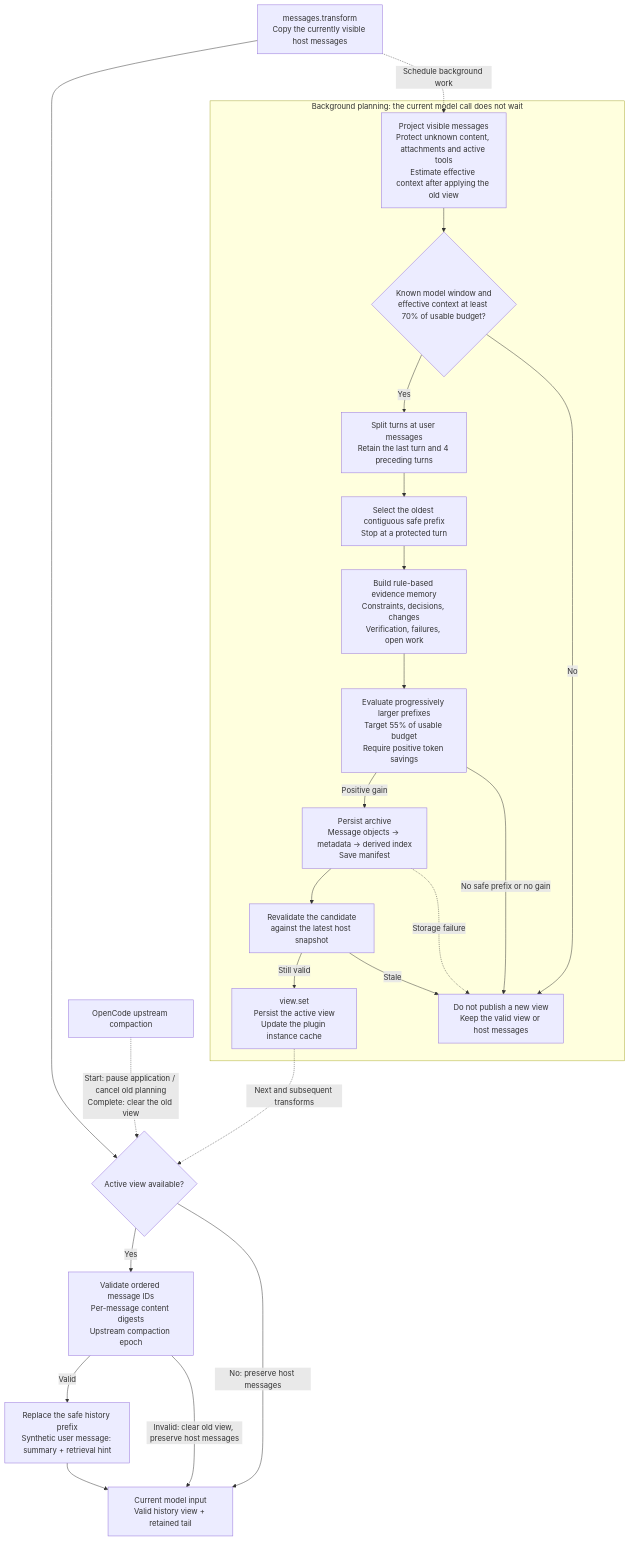
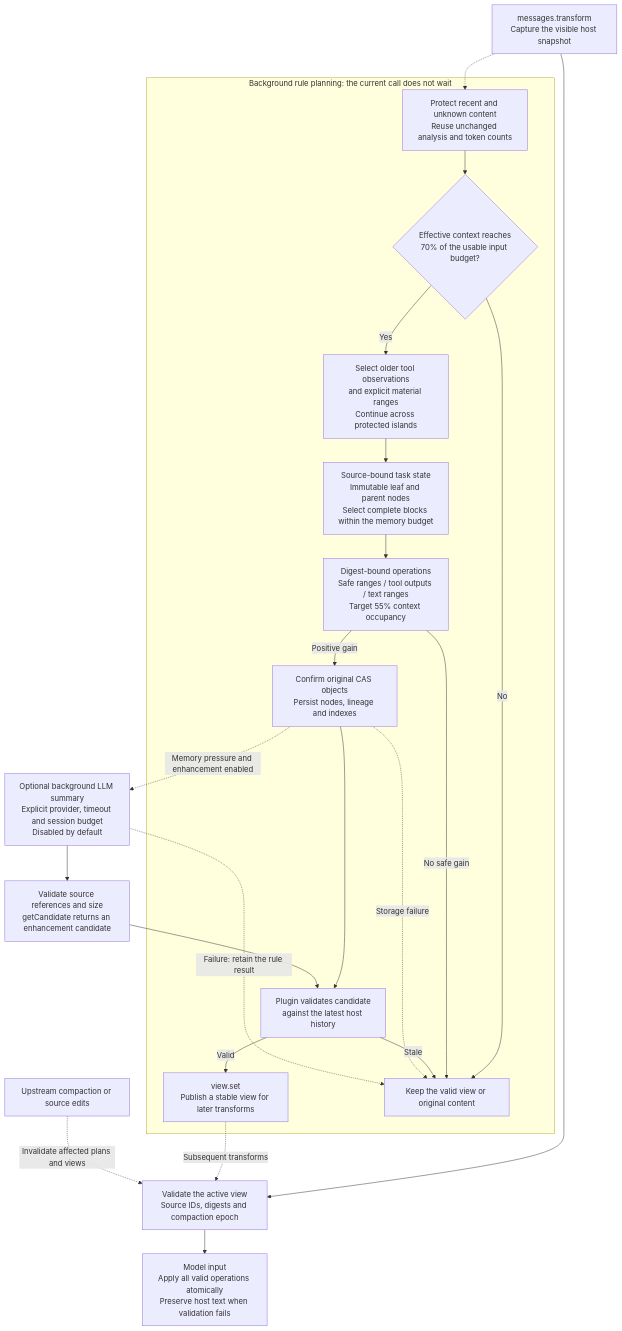
The third of 3 diagrams in README.md (EthyleneC2H4/Bluecode), drawn with Mermaid before and after one commit. The commit also changed other lines of this file and 2 other files, not shown here.

Commit message:
docs: refresh headroom architecture and evaluation results

````diff
--- a/README.md
+++ b/README.md
@@ -132,42 +134,38 @@
 ```mermaid
 flowchart TB
-    SNAP["messages.transform<br/>Copy the currently visible host messages"]
-    READY{"Active view available?"}
-    VERIFY["Validate ordered message IDs<br/>Per-message content digests<br/>Upstream compaction epoch"]
-    APPLY["Replace the safe history prefix<br/>Synthetic user message: summary + retrieval hint"]
-    MODEL["Current model input<br/>Valid history view + retained tail"]
+    SNAP["messages.transform<br/>Capture the visible host snapshot"]
+    VIEW["Validate the active view<br/>Source IDs, digests and compaction epoch"]
+    MODEL["Model input<br/>Apply all valid operations atomically<br/>Preserve host text when validation fails"]
+    SNAP --> VIEW --> MODEL
 
-    SNAP --> READY
-    READY -->|"Yes"| VERIFY
-    VERIFY -->|"Valid"| APPLY --> MODEL
-    VERIFY -->|"Invalid: clear old view, preserve host messages"| MODEL
-    READY -->|"No: preserve host messages"| MODEL
+    subgraph BACKGROUND["Background rule planning: the current call does not wait"]
+        ANALYZE["Protect recent and unknown content<br/>Reuse unchanged analysis and token counts"]
+        TRIGGER{"Effective context reaches<br/>70% of the usable input budget?"}
+        MATERIAL["Select older tool observations<br/>and explicit material ranges<br/>Continue across protected islands"]
+        MEMORY["Source-bound task state<br/>Immutable leaf and parent nodes<br/>Select complete blocks within the memory budget"]
+        PLAN["Digest-bound operations<br/>Safe ranges / tool outputs / text ranges<br/>Target 55% context occupancy"]
+        ARCHIVE["Confirm original CAS objects<br/>Persist nodes, lineage and indexes"]
+        CHECK["Plugin validates candidate<br/>against the latest host history"]
+        PUBLISH["view.set<br/>Publish a stable view for later transforms"]
+        KEEP["Keep the valid view or original content"]
 
-    subgraph BACKGROUND["Background planning: the current model call does not wait"]
-        PROJECT["Project visible messages<br/>Protect unknown content, attachments and active tools<br/>Estimate effective context after applying the old view"]
-        TRIGGER{"Known model window and<br/>effective context at least 70% of usable budget?"}
-        TURNS["Split turns at user messages<br/>Retain the last turn and 4 preceding turns"]
-        PREFIX["Select the oldest contiguous safe prefix<br/>Stop at a protected turn"]
-        MEMORY["Build rule-based evidence memory<br/>Constraints, decisions, changes<br/>Verification, failures, open work"]
-        PLAN["Evaluate progressively larger prefixes<br/>Target 55% of usable budget<br/>Require positive token savings"]
-        ARCHIVE["Persist archive<br/>Message objects → metadata → derived index<br/>Save manifest"]
-        CHECK["Revalidate the candidate<br/>against the latest host snapshot"]
-        PUBLISH["view.set<br/>Persist the active view<br/>Update the plugin instance cache"]
-        SKIP["Do not publish a new view<br/>Keep the valid view or host messages"]
-
-        PROJECT --> TRIGGER
-        TRIGGER -->|"Yes"| TURNS
-        TRIGGER -->|"No"| SKIP
-        TURNS --> PREFIX --> MEMORY --> PLAN
+        ANALYZE --> TRIGGER
+        TRIGGER -->|"Yes"| MATERIAL --> MEMORY --> PLAN
+        TRIGGER -->|"No"| KEEP
         PLAN -->|"Positive gain"| ARCHIVE --> CHECK
-        PLAN -->|"No safe prefix or no gain"| SKIP
-        CHECK -->|"Still valid"| PUBLISH
-        CHECK -->|"Stale"| SKIP
-        ARCHIVE -.->|"Storage failure"| SKIP
+        PLAN -->|"No safe gain"| KEEP
+        CHECK -->|"Valid"| PUBLISH
+        CHECK -->|"Stale"| KEEP
+        ARCHIVE -.->|"Storage failure"| KEEP
     end
 
-    SNAP -.->|"Schedule background work"| PROJECT
-    PUBLISH -.->|"Next and subsequent transforms"| READY
-    UP["OpenCode upstream compaction"]
-    UP -.->|"Start: pause application / cancel old planning<br/>Complete: clear the old view"| READY
+    SUMMARY["Optional background LLM summary<br/>Explicit provider, timeout and session budget<br/>Disabled by default"]
+    CANDIDATE["Validate source references and size<br/>getCandidate returns an enhancement candidate"]
+    SNAP -.-> ANALYZE
+    ARCHIVE -.->|"Memory pressure and enhancement enabled"| SUMMARY
+    SUMMARY --> CANDIDATE --> CHECK
+    SUMMARY -.->|"Failure: retain the rule result"| KEEP
+    PUBLISH -.->|"Subsequent transforms"| VIEW
+    UP["Upstream compaction or source edits"]
+    UP -.->|"Invalidate affected plans and views"| VIEW
 ```
````
